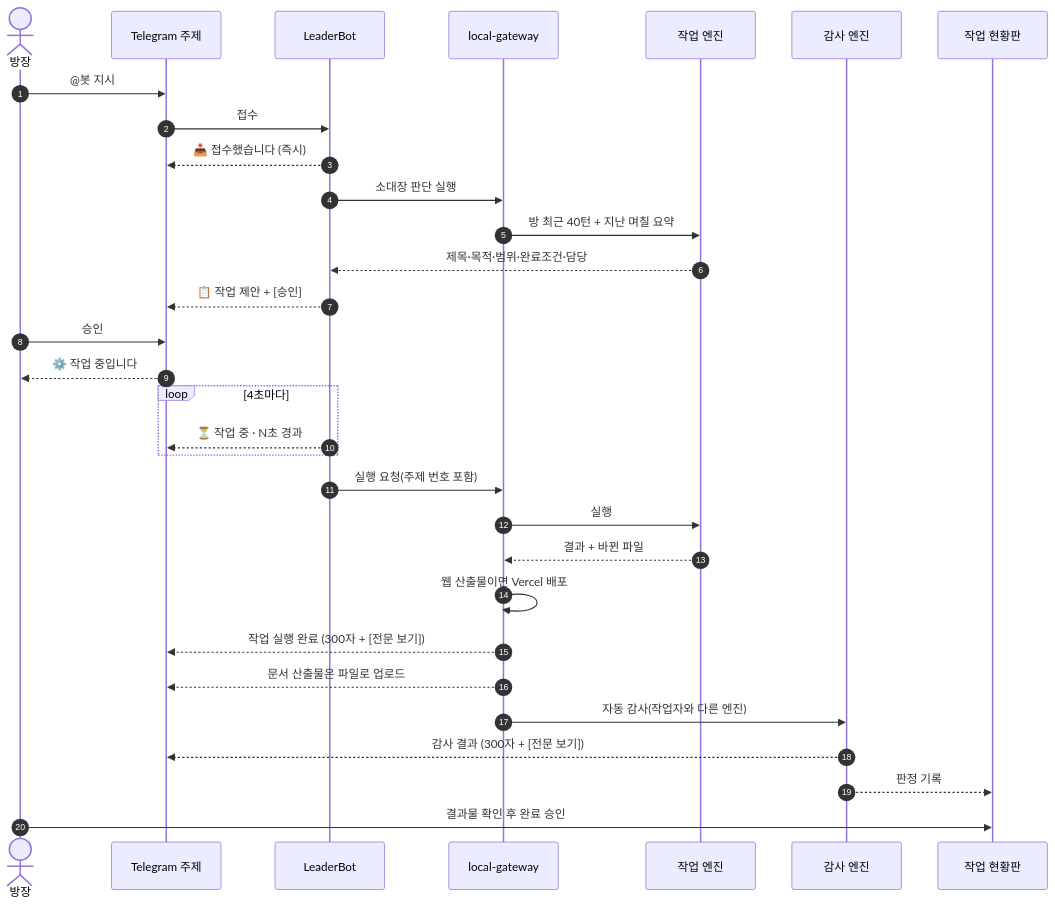
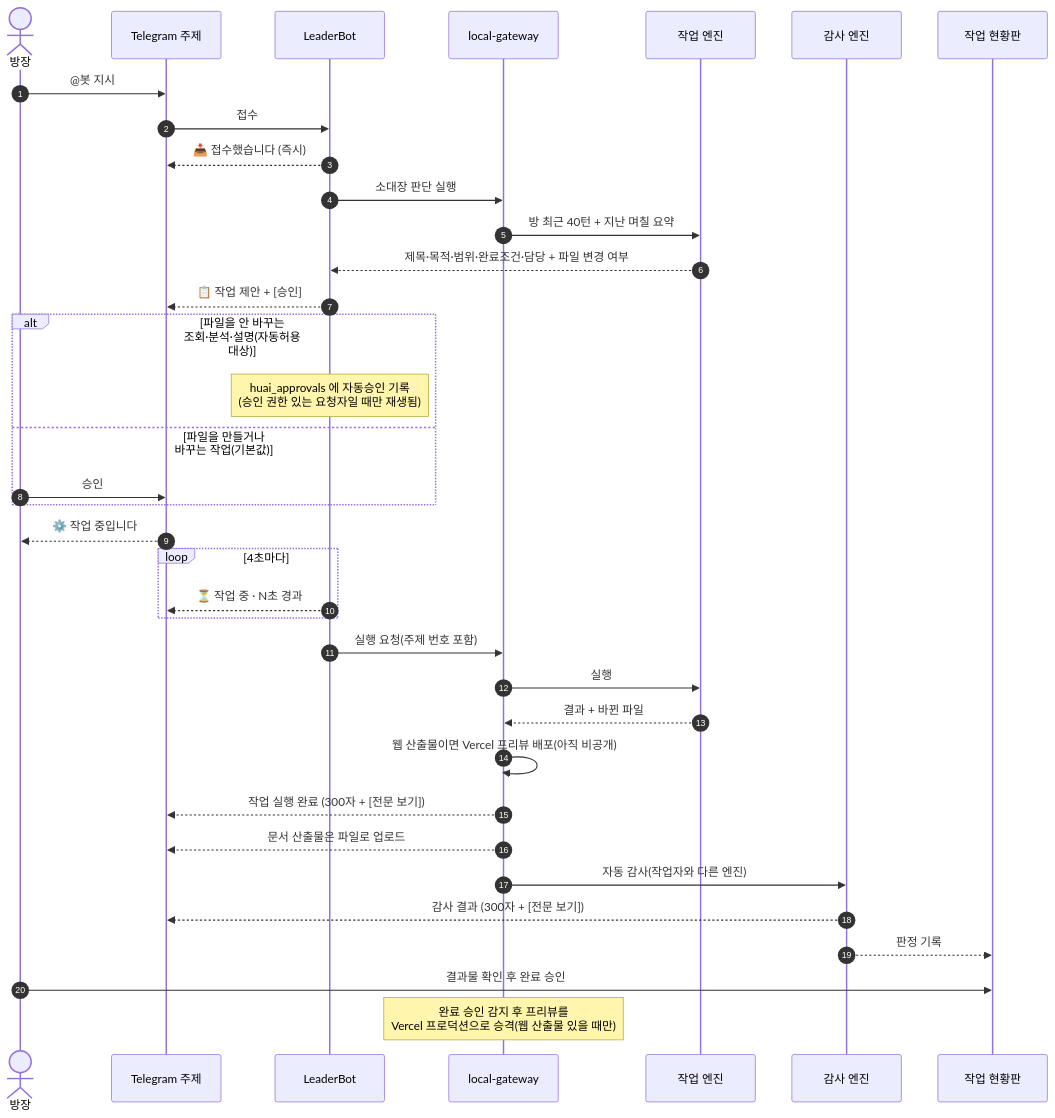
Before and after one commit to SUNWOONGKYU/HuAIChatroomSystem: the first of 4 diagrams in docs/작업_흐름도.md, drawn with Mermaid. The commit also changed other lines of this file and 11 other files, not shown here.

First line of the commit message:
Redraw both system diagrams and catch every doc up to today's changes

````diff
--- a/docs/작업_흐름도.md
+++ b/docs/작업_흐름도.md
@@ -9,36 +9,41 @@
 ```mermaid
 sequenceDiagram
   autonumber
   actor 방장
   participant 방 as Telegram 주제
   participant L as LeaderBot
   participant GW as local-gateway
   participant W as 작업 엔진
   participant A as 감사 엔진
   participant B as 작업 현황판
 
   방장->>방: @봇 지시
   방->>L: 접수
   L-->>방: 📥 접수했습니다 (즉시)
   L->>GW: 소대장 판단 실행
   GW->>W: 방 최근 40턴 + 지난 며칠 요약
-  W-->>L: 제목·목적·범위·완료조건·담당
+  W-->>L: 제목·목적·범위·완료조건·담당 + 파일 변경 여부
   L-->>방: 📋 작업 제안 + [승인]
 
-  방장->>방: 승인
+  alt 파일을 안 바꾸는 조회·분석·설명(자동허용 대상)
+    Note over L: huai_approvals 에 자동승인 기록<br/>(승인 권한 있는 요청자일 때만 재생됨)
+  else 파일을 만들거나 바꾸는 작업(기본값)
+    방장->>방: 승인
+  end
   방-->>방장: ⚙️ 작업 중입니다
   loop 4초마다
     L-->>방: ⏳ 작업 중 · N초 경과
   end
   L->>GW: 실행 요청(주제 번호 포함)
   GW->>W: 실행
   W-->>GW: 결과 + 바뀐 파일
-  GW->>GW: 웹 산출물이면 Vercel 배포
+  GW->>GW: 웹 산출물이면 Vercel 프리뷰 배포(아직 비공개)
   GW-->>방: 작업 실행 완료 (300자 + [전문 보기])
   GW-->>방: 문서 산출물은 파일로 업로드
 
   GW->>A: 자동 감사(작업자와 다른 엔진)
   A-->>방: 감사 결과 (300자 + [전문 보기])
   A-->>B: 판정 기록
   방장->>B: 결과물 확인 후 완료 승인
+  Note over GW: 완료 승인 감지 후 프리뷰를<br/>Vercel 프로덕션으로 승격(웹 산출물 있을 때만)
 ```
````
